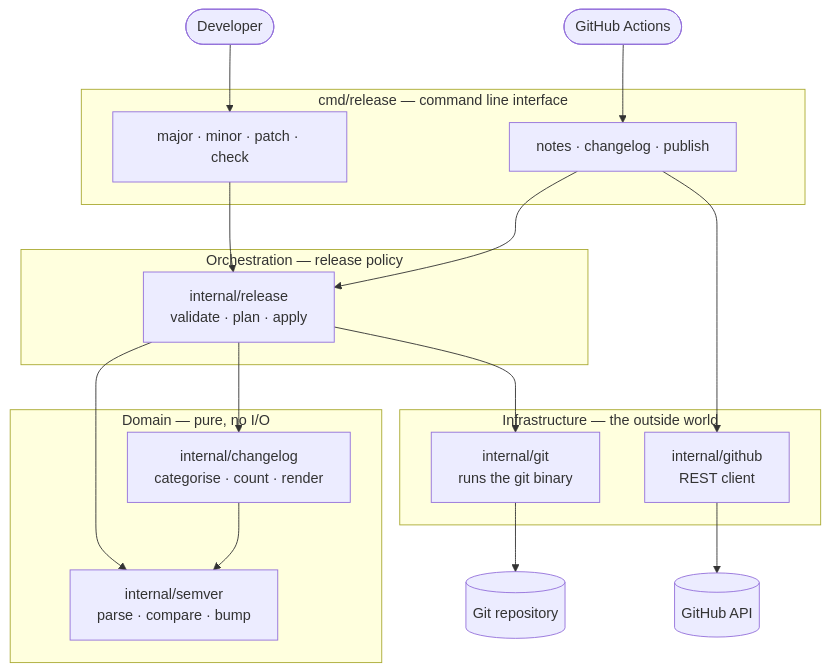
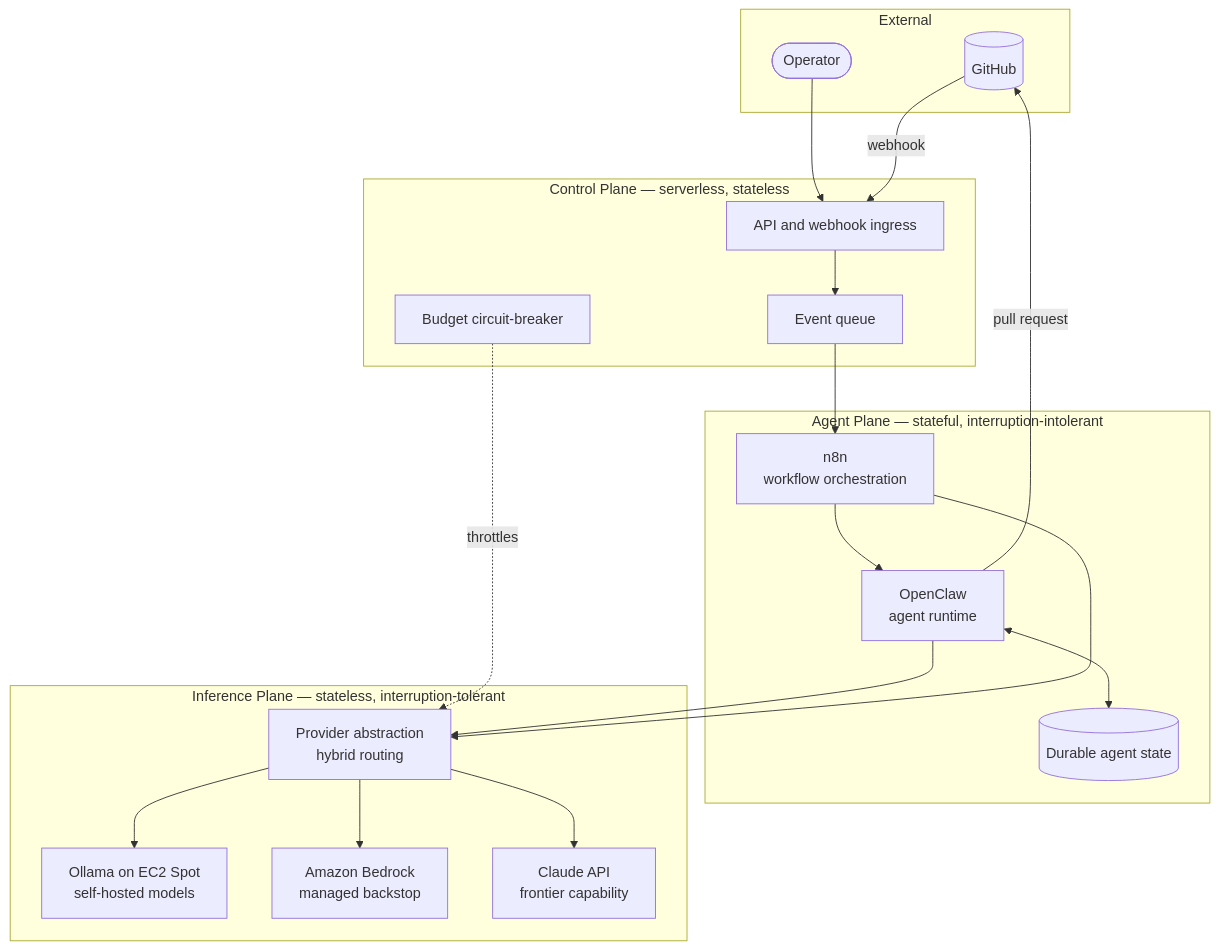
Before and after one commit to teddynted/designing-an-ai-agent-platform-on-aws: the first of 3 diagrams in README.md, drawn with Mermaid. The commit also changed other lines of this file, not shown here.

First line of the commit message:
docs: reframe the README as the platform vision and roadmap

````diff
--- a/README.md
+++ b/README.md
@@ -130,39 +130,40 @@
 ```mermaid
 flowchart TB
-    dev(["Developer"])
-    actions(["GitHub Actions"])
-
-    subgraph cli["cmd/release — command line interface"]
-        cut["major · minor · patch · check"]
-        post["notes · changelog · publish"]
+    subgraph external["External"]
+        gh[("GitHub")]
+        user(["Operator"])
     end
 
-    subgraph orchestration["Orchestration — release policy"]
-        rel["internal/release<br/>validate · plan · apply"]
+    subgraph control["Control Plane — serverless, stateless"]
+        api["API and webhook ingress"]
+        queue["Event queue"]
+        budget["Budget circuit-breaker"]
     end
 
-    subgraph domain["Domain — pure, no I/O"]
-        sv["internal/semver<br/>parse · compare · bump"]
-        cl["internal/changelog<br/>categorise · count · render"]
+    subgraph agent["Agent Plane — stateful, interruption-intolerant"]
+        n8n["n8n<br/>workflow orchestration"]
+        claw["OpenClaw<br/>agent runtime"]
+        store[("Durable agent state")]
     end
 
-    subgraph infra["Infrastructure — the outside world"]
-        gitpkg["internal/git<br/>runs the git binary"]
-        ghpkg["internal/github<br/>REST client"]
+    subgraph inference["Inference Plane — stateless, interruption-tolerant"]
+        router["Provider abstraction<br/>hybrid routing"]
+        ollama["Ollama on EC2 Spot<br/>self-hosted models"]
+        bedrock["Amazon Bedrock<br/>managed backstop"]
+        claude["Claude API<br/>frontier capability"]
     end
 
-    repo[("Git repository")]
-    api[("GitHub API")]
-
-    dev --> cut
-    actions --> post
-    cut --> rel
-    post --> rel
-    post --> ghpkg
-    rel --> sv
-    rel --> cl
-    rel --> gitpkg
-    cl --> sv
-    gitpkg --> repo
-    ghpkg --> api
+    user --> api
+    gh -- "webhook" --> api
+    api --> queue
+    queue --> n8n
+    n8n --> claw
+    claw <--> store
+    claw --> router
+    n8n --> router
+    router --> ollama
+    router --> bedrock
+    router --> claude
+    budget -. "throttles" .-> router
+    claw -- "pull request" --> gh
 ```
````
